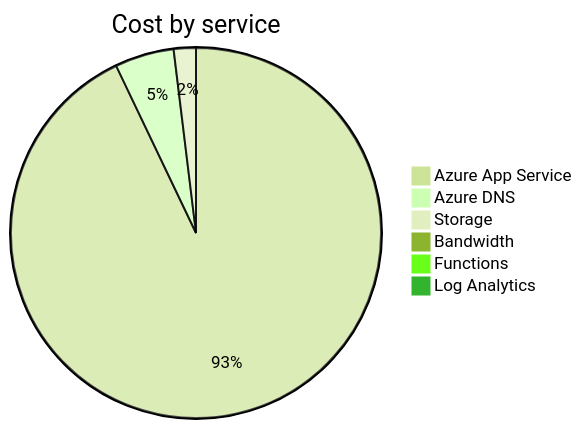
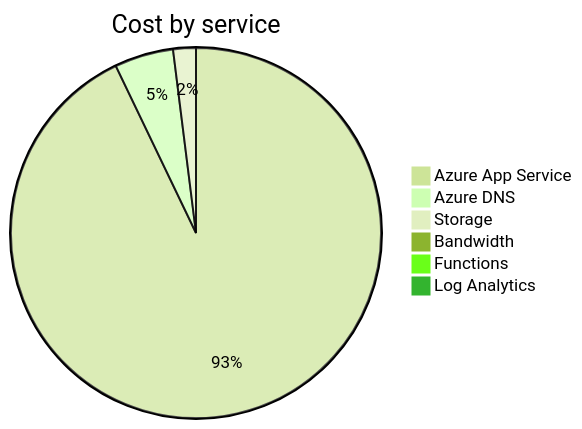
One commit to jpfulton/azure-personal-reports changed the second of 4 diagrams in cost-reports/accumulated-cost.md. Above: the diagram before and after it, drawn with Mermaid (forest theme). The commit also changed other lines of this file and 4 other files, not shown here.

````diff
--- a/cost-reports/accumulated-cost.md
+++ b/cost-reports/accumulated-cost.md
@@ -98,10 +98,10 @@
 ```mermaid
 pie
    title Cost by service
-   "Azure App Service" : 12.97
-   "Azure DNS" : 0.72
-   "Storage" : 0.27
+   "Azure App Service" : 13.56
+   "Azure DNS" : 0.75
+   "Storage" : 0.29
    "Bandwidth" : 0.00
    "Functions" : 0.00
    "Log Analytics" : 0.00
 ```
````
